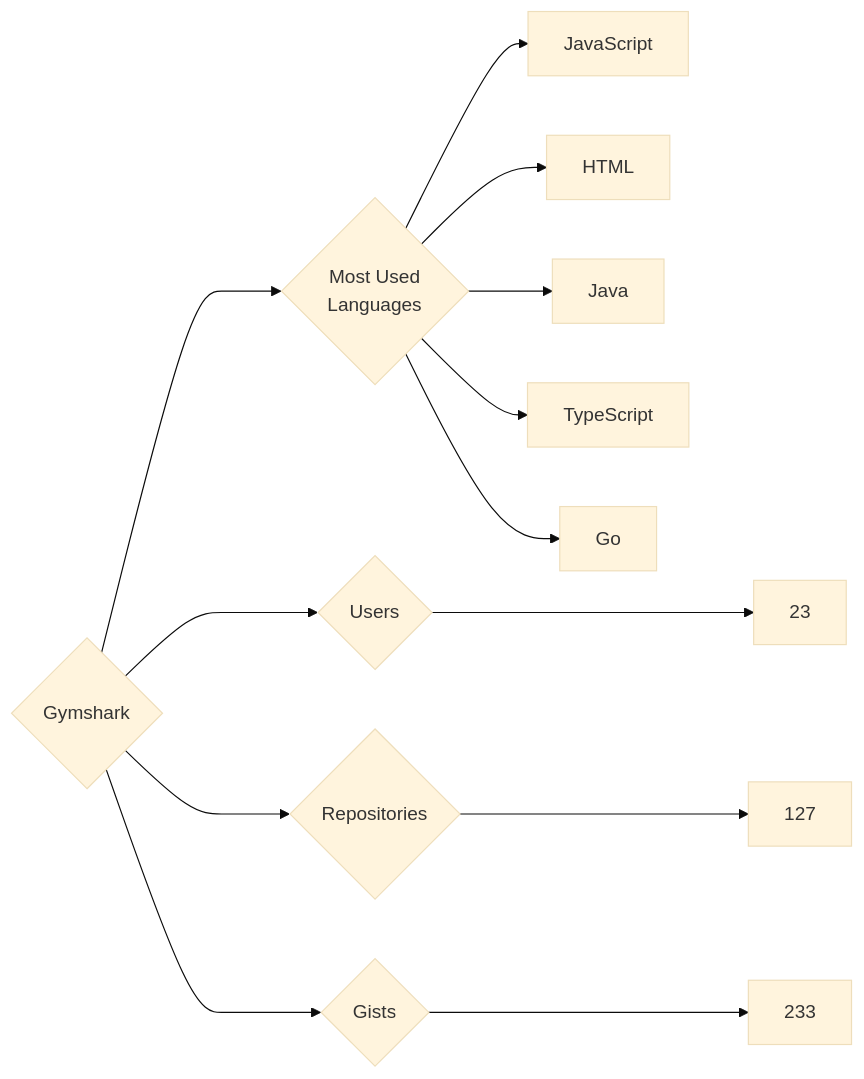
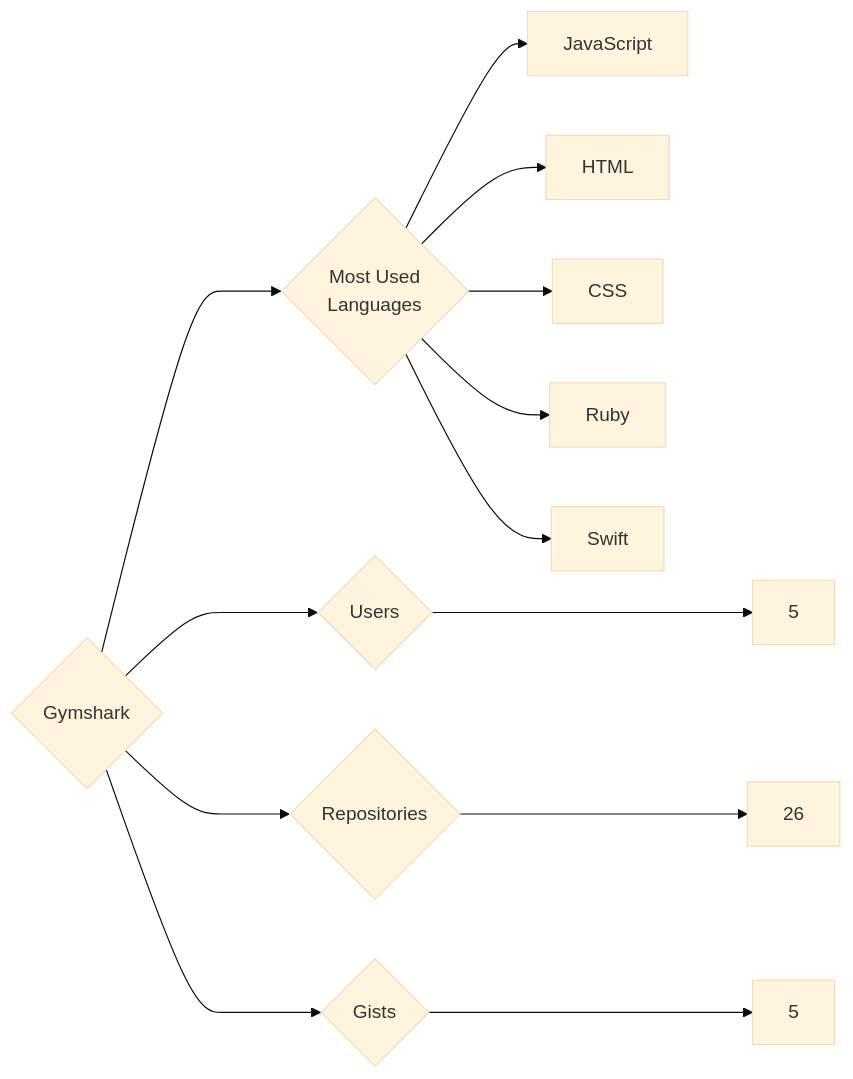
The diagram in targets/Gymshark/README.md (trickest/insiders), drawn with Mermaid (base theme) before and after one commit. The commit also changed 777 other files, not shown here.

````diff
--- a/targets/Gymshark/README.md
+++ b/targets/Gymshark/README.md
@@ -3,13 +3,13 @@
 ```mermaid
 graph LR
 COMPANY_NAME{Gymshark}
-COMPANY_NAME ---> U{Users} ---> UN[23]
-COMPANY_NAME ---> R{Repositories} ---> RN[127]
-COMPANY_NAME ---> G{Gists} ---> GN[233]
+COMPANY_NAME ---> U{Users} ---> UN[5]
+COMPANY_NAME ---> R{Repositories} ---> RN[26]
+COMPANY_NAME ---> G{Gists} ---> GN[5]
 COMPANY_NAME ---> ML{Most Used<br>Languages}
 ML --> JavaScript[JavaScript]
 ML --> HTML[HTML]
-ML --> Java[Java]
-ML --> TypeScript[TypeScript]
-ML --> Go[Go]
+ML --> CSS[CSS]
+ML --> Ruby[Ruby]
+ML --> Swift[Swift]
 ```
````
